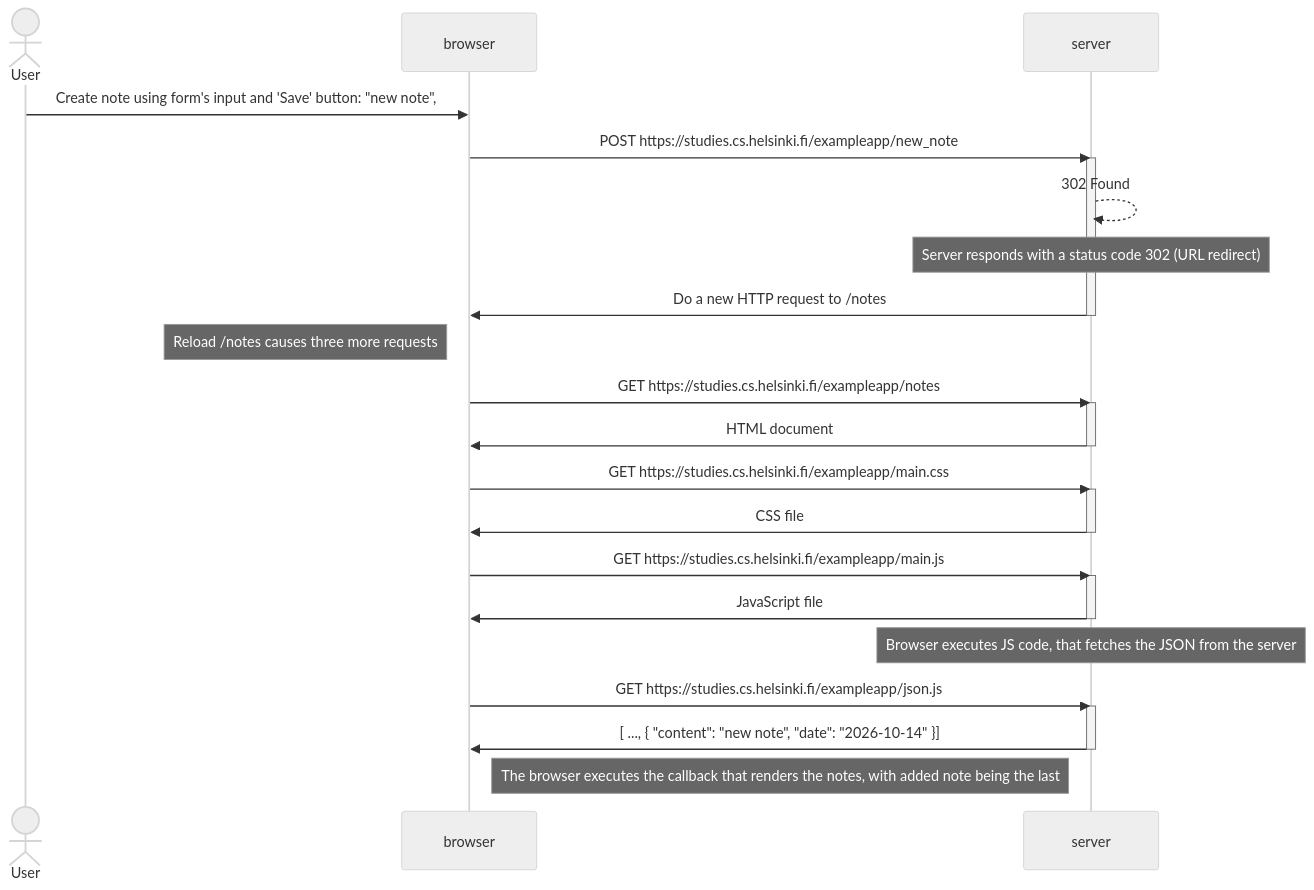
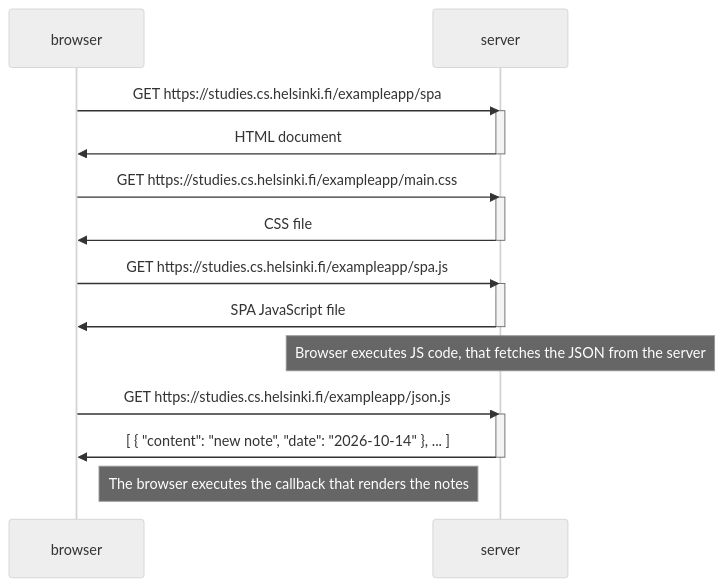
The diagram in part0/04_new_note_diagram.md (Anna-Gladush/fullstackopen), drawn with Mermaid (neutral theme) before and after one commit. The commit also changed 2 other files, not shown here.

Commit message:
feat: added 05 and 06 task solutions; changed 04

````diff
--- a/part0/04_new_note_diagram.md
+++ b/part0/04_new_note_diagram.md
@@ -1,38 +1,28 @@
 ```mermaid
 sequenceDiagram
-    actor User
     participant browser
     participant server
 
-    User->>browser: Create note using form's input and 'Save' button: "new note",
-    browser->>server: POST https://studies.cs.helsinki.fi/exampleapp/new_note
-    activate server
-    server-->>server: 302 Found
-    Note over server: Server responds with a status code 302 (URL redirect)
-    server->>browser: Do a new HTTP request to /notes
-    deactivate server
-
-    Note left of browser: Reload /notes causes three more requests
-    browser->>server: GET https://studies.cs.helsinki.fi/exampleapp/notes
+    browser->>server: GET https://studies.cs.helsinki.fi/exampleapp/spa
     activate server
     server->>browser: HTML document
     deactivate server
 
     browser->>server: GET https://studies.cs.helsinki.fi/exampleapp/main.css
     activate server
     server->>browser: CSS file
     deactivate server
 
-    browser->>server: GET https://studies.cs.helsinki.fi/exampleapp/main.js
+    browser->>server: GET https://studies.cs.helsinki.fi/exampleapp/spa.js
     activate server
-    server->>browser: JavaScript file
+    server->>browser: SPA JavaScript file
     deactivate server
       Note over server: Browser executes JS code, that fetches the JSON from the server
 
     browser->>server: GET https://studies.cs.helsinki.fi/exampleapp/json.js
     activate server
-    server->>browser: [ ..., { "content": "new note", "date": "2026-10-14" }]
+    server->>browser: [ { "content": "new note", "date": "2026-10-14" }, ... ]
     deactivate server
 
-    Note right of browser: The browser executes the callback that renders the notes, with added note being the last
+    Note right of browser: The browser executes the callback that renders the notes
 ```
````
